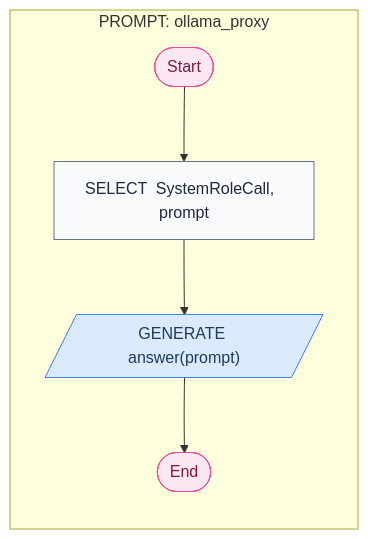
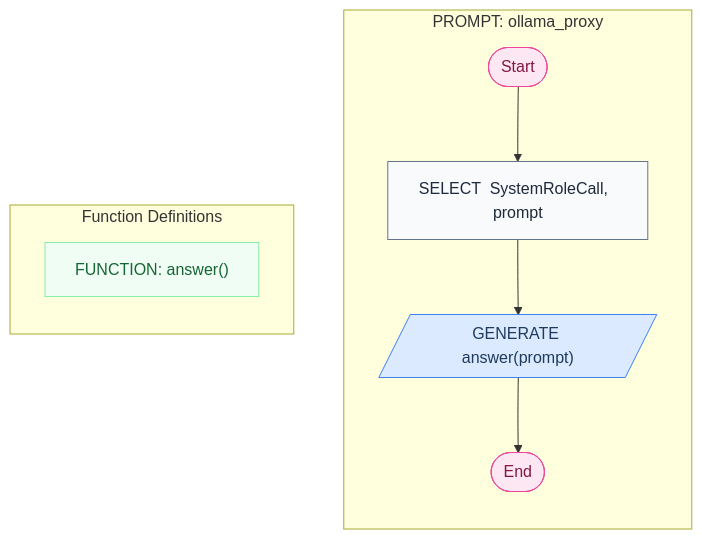
One commit to digital-duck/SPL.py changed the diagram in cookbook/02_ollama_proxy/mermaid/proxy.md. Above: the diagram before and after it, drawn with Mermaid. The commit also changed 334 other files, not shown here.

````diff
--- a/cookbook/02_ollama_proxy/mermaid/proxy.md
+++ b/cookbook/02_ollama_proxy/mermaid/proxy.md
@@ -7,21 +7,26 @@
 ```mermaid
 flowchart TD
     subgraph SG_ollama_proxy["PROMPT: ollama_proxy"]
     direction TB
     START1(["Start"])
     SEL2["SELECT  SystemRoleCall,  prompt"]
     START1 --> SEL2
     GEN3[/"GENERATE answer(prompt)"/]
     SEL2 --> GEN3
     END4(["End"])
     GEN3 --> END4
     end
+    subgraph FUNCTIONS["Function Definitions"]
+    direction TB
+    FN5["FUNCTION: answer()"]
+    end
     class START1 term
     class SEL2 assign
     class GEN3 llm
     class END4 term
+    class FN5 fn
     classDef llm fill:#dbeafe,stroke:#3b82f6,color:#1e3a5f
     classDef term fill:#fce7f3,stroke:#ec4899,color:#831843
     classDef fn fill:#f0fdf4,stroke:#86efac,color:#166534
     classDef assign fill:#f8fafc,stroke:#64748b,color:#1e293b
 ```
````
